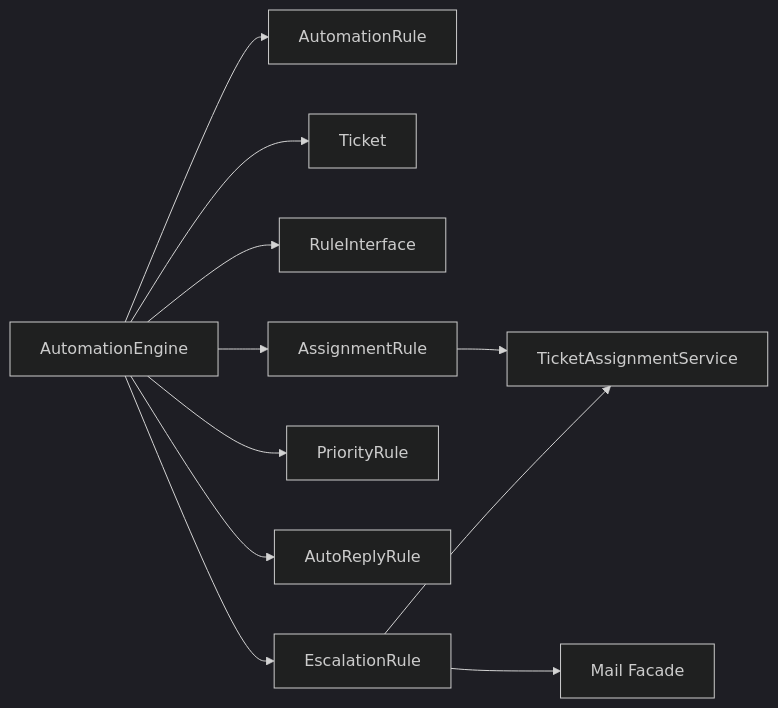
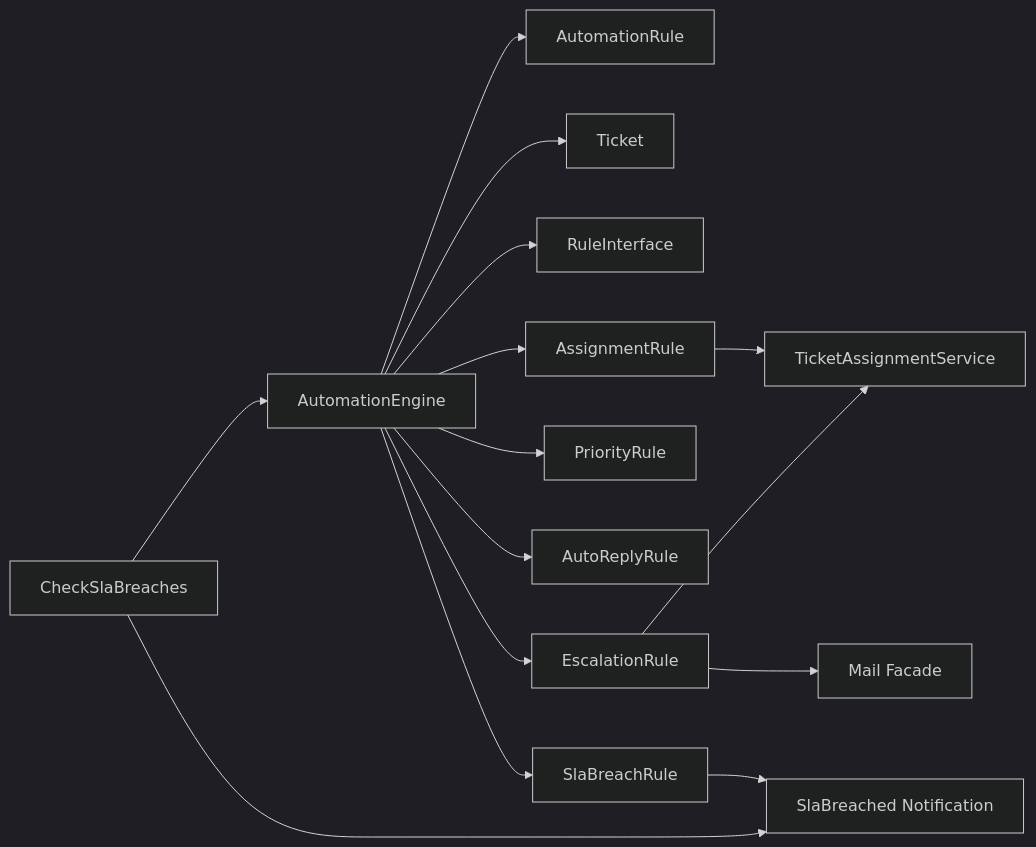
One commit to younesgamer68/helpdesk-system changed the seventh of 9 diagrams in .qoder/repowiki/en/content/Automation Engine/Automation Engine Overview.md. Above: the diagram before and after it, drawn with Mermaid (dark theme). The commit also changed other lines of this file and 210 other files, not shown here.

````diff
--- a/.qoder/repowiki/en/content/Automation Engine/Automation Engine Overview.md
+++ b/.qoder/repowiki/en/content/Automation Engine/Automation Engine Overview.md
@@ -410,13 +544,17 @@
 ```mermaid
 graph LR
 AE["AutomationEngine"] --> ARule["AutomationRule"]
 AE --> Tkt["Ticket"]
 AE --> RI["RuleInterface"]
 AE --> AR["AssignmentRule"]
 AE --> PR["PriorityRule"]
 AE --> ARR["AutoReplyRule"]
 AE --> ER["EscalationRule"]
+AE --> SLABR["SlaBreachRule"]
 AR --> TAS["TicketAssignmentService"]
 ER --> TAS
+SLABR --> SLAN["SlaBreached Notification"]
+CSB["CheckSlaBreaches"] --> AE
+CSB --> SLAN
 ER --> Mail["Mail Facade"]
 ```
````
